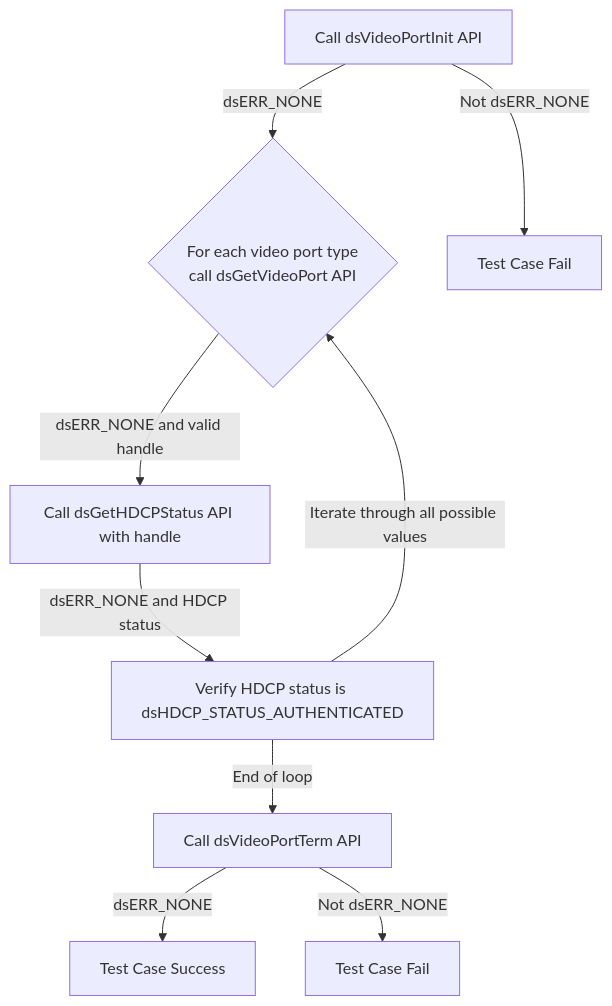
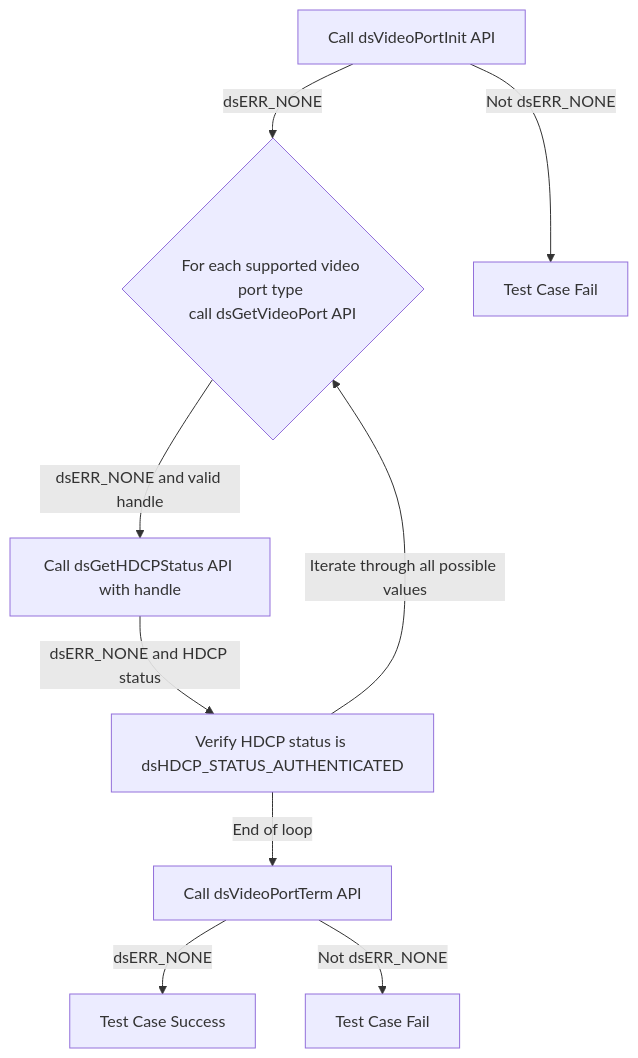
One commit to rdkcentral/rdk-halif-test-device_settings changed the seventh of 21 diagrams in docs/pages/ds-video-port_L2_Low-Level_TestSpecification.md. Above: the diagram before and after it, drawn with Mermaid. The commit also changed other lines of this file and 15 other files, not shown here.

````diff
--- a/docs/pages/ds-video-port_L2_Low-Level_TestSpecification.md
+++ b/docs/pages/ds-video-port_L2_Low-Level_TestSpecification.md
@@ -612,11 +326,11 @@
 ```mermaid
 graph TB
-    A[Call dsVideoPortInit API] --> |dsERR_NONE| B{For each video port type <br>call dsGetVideoPort API}
+    A[Call dsVideoPortInit API] --> |dsERR_NONE| B{For each supported video port type <br>call dsGetVideoPort API}
     A -->|Not dsERR_NONE| A1[Test Case Fail]
     B -->|dsERR_NONE and valid handle| C[Call dsGetHDCPStatus API with handle]
     C -->|dsERR_NONE and HDCP status| D[Verify HDCP status is dsHDCP_STATUS_AUTHENTICATED]
     D --> |Iterate through all possible values| B
     D -->|End of loop|E[Call dsVideoPortTerm API]
     E -->|dsERR_NONE| F[Test Case Success]
     E -->|Not dsERR_NONE| E1[Test Case Fail]
 ```
````
